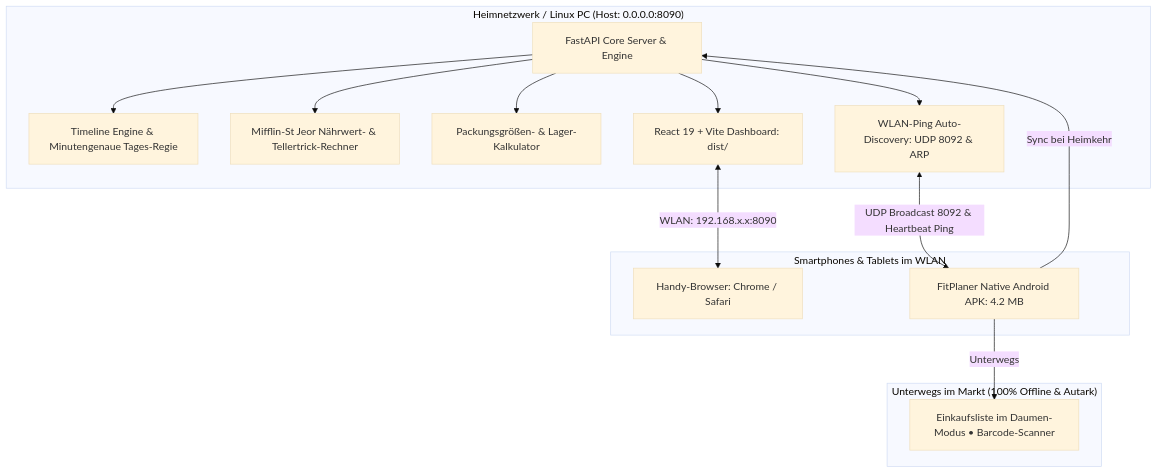
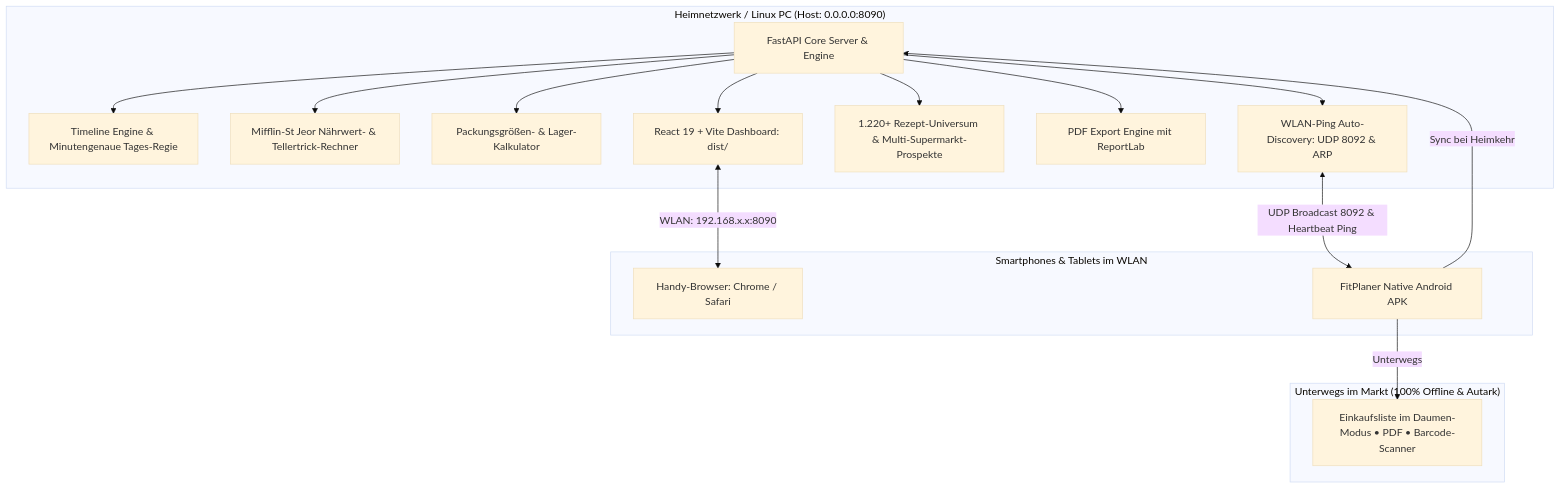
Before and after one commit to meinzeug/fitplaner: the diagram in README.md, drawn with Mermaid (base theme). The commit also changed other lines of this file and 10 other files, not shown here.

Commit message:
chore: rename repository and software to FitPlaner (meinzeug/fitplaner)

````diff
--- a/README.md
+++ b/README.md
@@ -100,31 +101,35 @@
 ```mermaid
 graph TD
     subgraph "Heimnetzwerk / Linux PC (Host: 0.0.0.0:8090)"
         Server[FastAPI Core Server & Engine]
         Engine1[Timeline Engine & Minutengenaue Tages-Regie]
         Engine2[Mifflin-St Jeor Nährwert- & Tellertrick-Rechner]
         Engine3[Packungsgrößen- & Lager-Kalkulator]
         Engine4[WLAN-Ping Auto-Discovery: UDP 8092 & ARP]
+        Engine5[1.220+ Rezept-Universum & Multi-Supermarkt-Prospekte]
+        PDFGen[PDF Export Engine mit ReportLab]
         WebUI[React 19 + Vite Dashboard: dist/]
     end
 
     subgraph "Smartphones & Tablets im WLAN"
         MobileBrowser[Handy-Browser: Chrome / Safari]
-        NativeAPK[FitPlaner Native Android APK: 4.2 MB]
+        NativeAPK[FitPlaner Native Android APK]
     end
 
     subgraph "Unterwegs im Markt (100% Offline & Autark)"
-        OfflineApp[Einkaufsliste im Daumen-Modus • Barcode-Scanner]
+        OfflineApp[Einkaufsliste im Daumen-Modus • PDF • Barcode-Scanner]
     end
 
     Server --> Engine1
     Server --> Engine2
     Server --> Engine3
     Server --> Engine4
+    Server --> Engine5
+    Server --> PDFGen
     Server --> WebUI
 
     Engine4 <-->|UDP Broadcast 8092 & Heartbeat Ping| NativeAPK
     WebUI <-->|WLAN: 192.168.x.x:8090| MobileBrowser
     NativeAPK -->|Sync bei Heimkehr| Server
     NativeAPK -->|Unterwegs| OfflineApp
 ```
````
